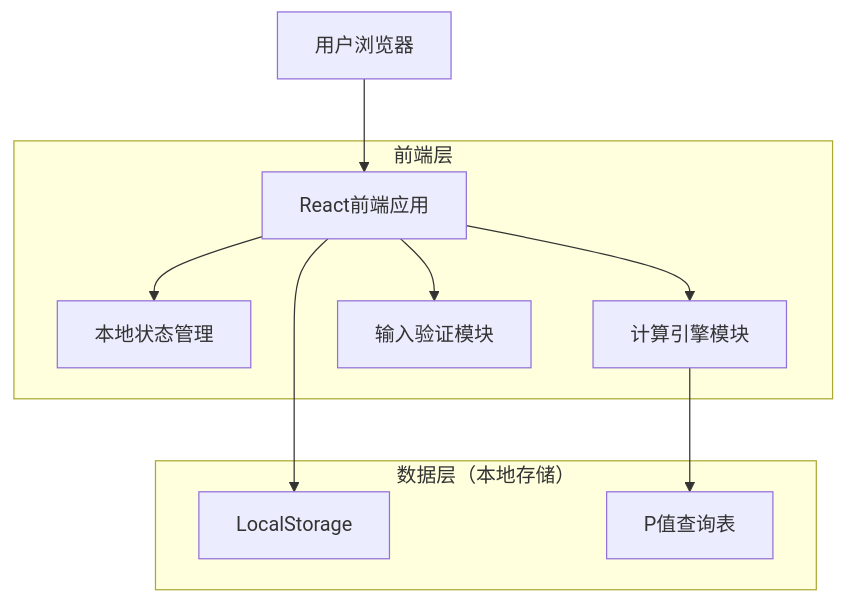
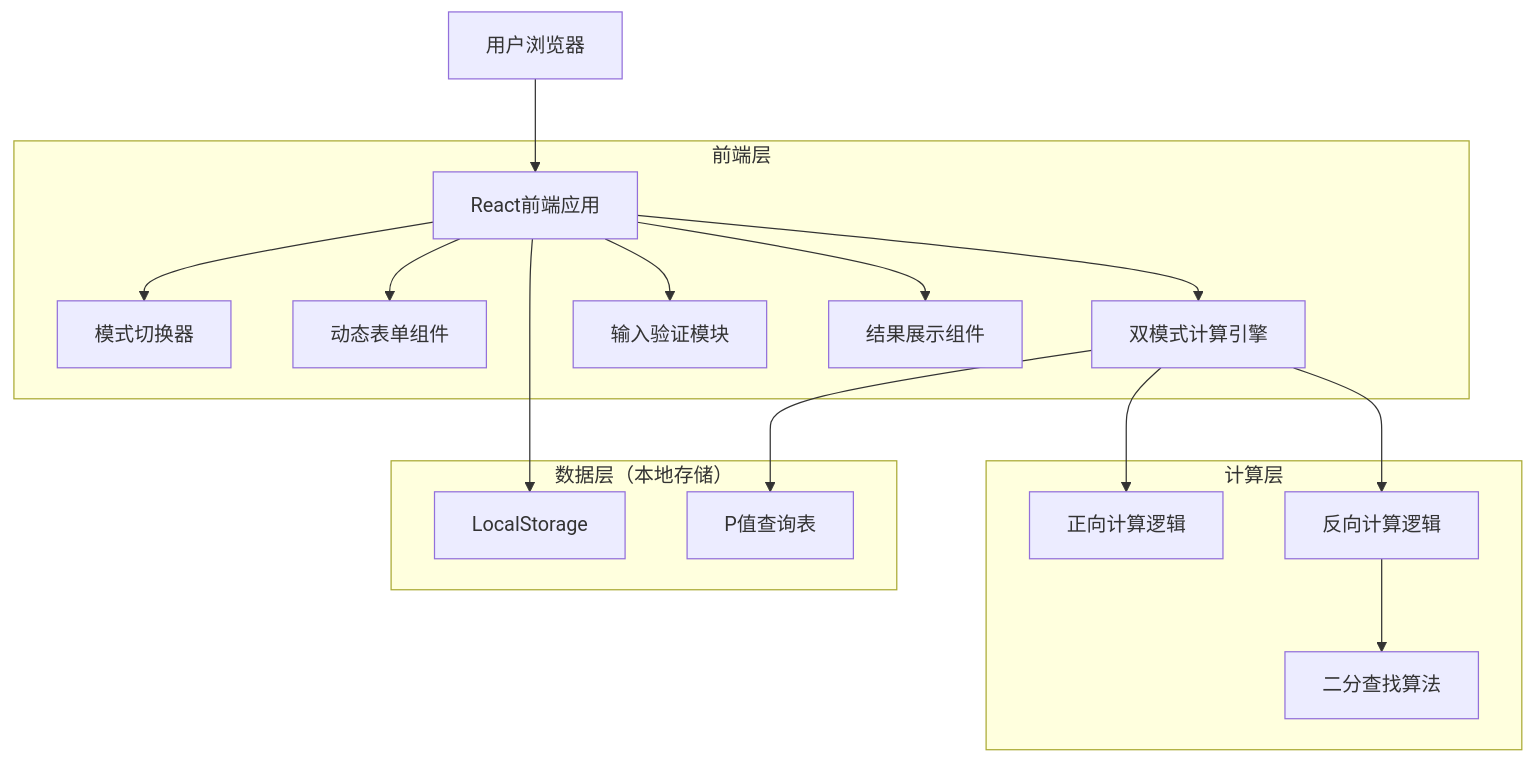
The diagram in .trae/documents/退休财务自由计算器-技术架构文档.md (D351GN3R/Wealth-Shortcut), drawn with Mermaid before and after one commit. The commit also changed other lines of this file and 6 other files, not shown here.

````diff
--- a/.trae/documents/退休财务自由计算器-技术架构文档.md
+++ b/.trae/documents/退休财务自由计算器-技术架构文档.md
@@ -5,22 +5,35 @@
 ```mermaid
 graph TD
     A[用户浏览器] --> B[React前端应用]
-    B --> C[本地状态管理]
-    B --> D[计算引擎模块]
-    B --> E[输入验证模块]
+    B --> C[模式切换器]
+    B --> D[动态表单组件]
+    B --> E[双模式计算引擎]
+    B --> F[输入验证模块]
+    B --> G[结果展示组件]
     
     subgraph "前端层"
         B
         C
         D
         E
+        F
+        G
+    end
+    
+    subgraph "计算层"
+        H[正向计算逻辑]
+        I[反向计算逻辑]
+        J[二分查找算法]
     end
     
     subgraph "数据层（本地存储）"
-        F[LocalStorage]
-        G[P值查询表]
+        K[LocalStorage]
+        L[P值查询表]
     end
     
-    B --> F
-    D --> G
+    E --> H
+    E --> I
+    I --> J
+    E --> L
+    B --> K
 ```
````
